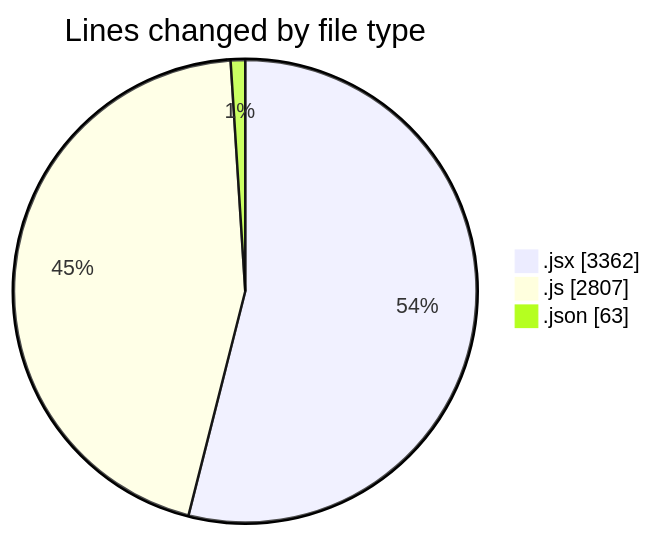
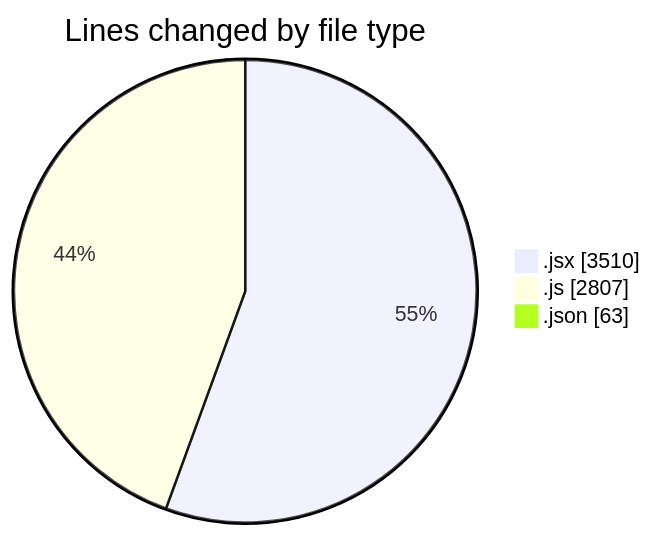
Before and after one commit to nxtqubesakshisongat/code-tracking: the first of 2 diagrams in 2025-08-18/nxtqube_webapp/README.md, drawn with Mermaid. The commit also changed other lines of this file and 1 other file, not shown here.

````diff
--- a/2025-08-18/nxtqube_webapp/README.md
+++ b/2025-08-18/nxtqube_webapp/README.md
@@ -30,7 +30,7 @@
 ```mermaid
 pie showData
 title Lines changed by file type
-".jsx" : 3362
+".jsx" : 3510
 ".js" : 2807
 ".json" : 63
 ```
````
